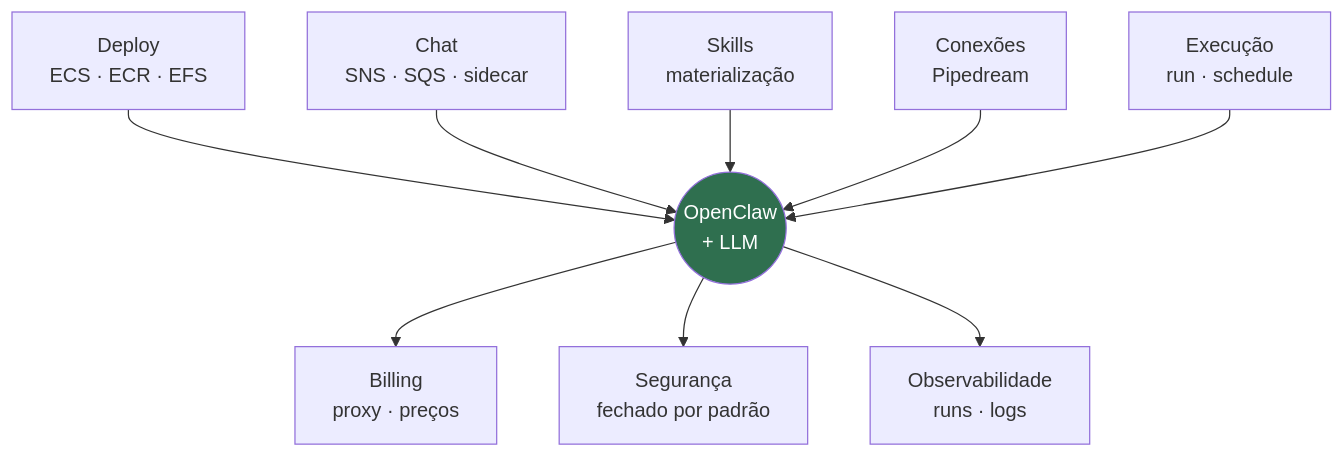
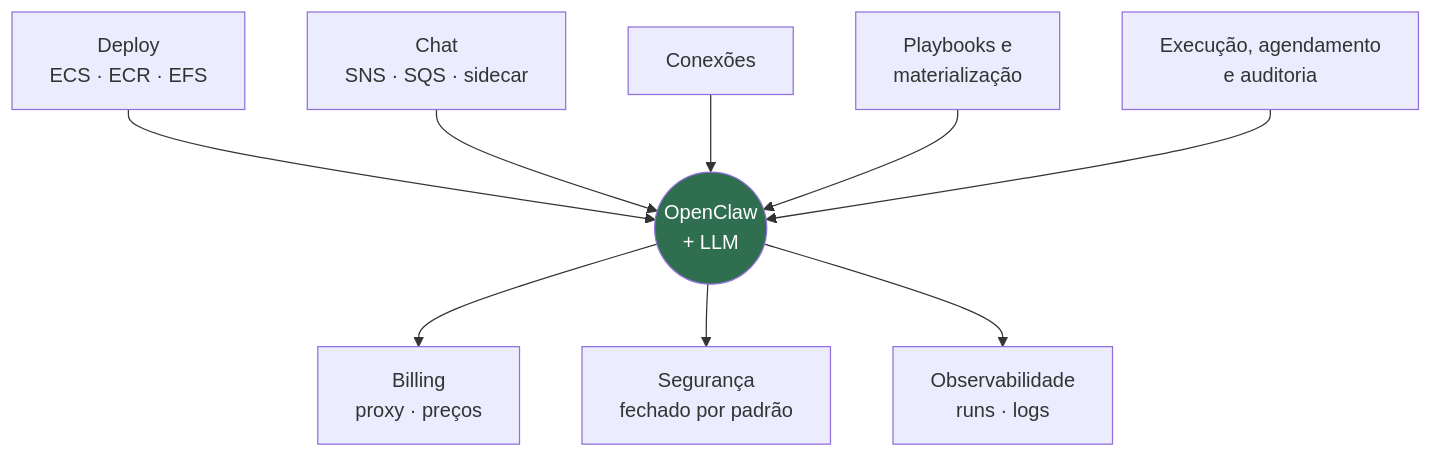
The first of 4 diagrams in palestras/02-o-que-sobra-sem-llm/core/04-o-mapa-do-harness.md (newtonbeck/hacktown-2026), drawn with Mermaid before and after one commit. The commit also changed other lines of this file and 10 other files, not shown here.

````diff
--- a/palestras/02-o-que-sobra-sem-llm/core/04-o-mapa-do-harness.md
+++ b/palestras/02-o-que-sobra-sem-llm/core/04-o-mapa-do-harness.md
@@ -15,13 +19,13 @@
 ```mermaid
 flowchart TD
   D[Deploy<br/>ECS · ECR · EFS] --> L
   C[Chat<br/>SNS · SQS · sidecar] --> L
-  S[Skills<br/>materialização] --> L
-  I[Conexões<br/>Pipedream] --> L
-  E[Execução<br/>run · schedule] --> L
+  I[Conexões] --> L
+  S[Playbooks e<br/>materialização] --> L
+  E[Execução, agendamento<br/>e auditoria] --> L
   L((OpenClaw<br/>+ LLM))
   L --> B[Billing<br/>proxy · preços]
   L --> G[Segurança<br/>fechado por padrão]
   L --> O[Observabilidade<br/>runs · logs]
   style L fill:#2f6f4f,color:#fff
 ```
````
